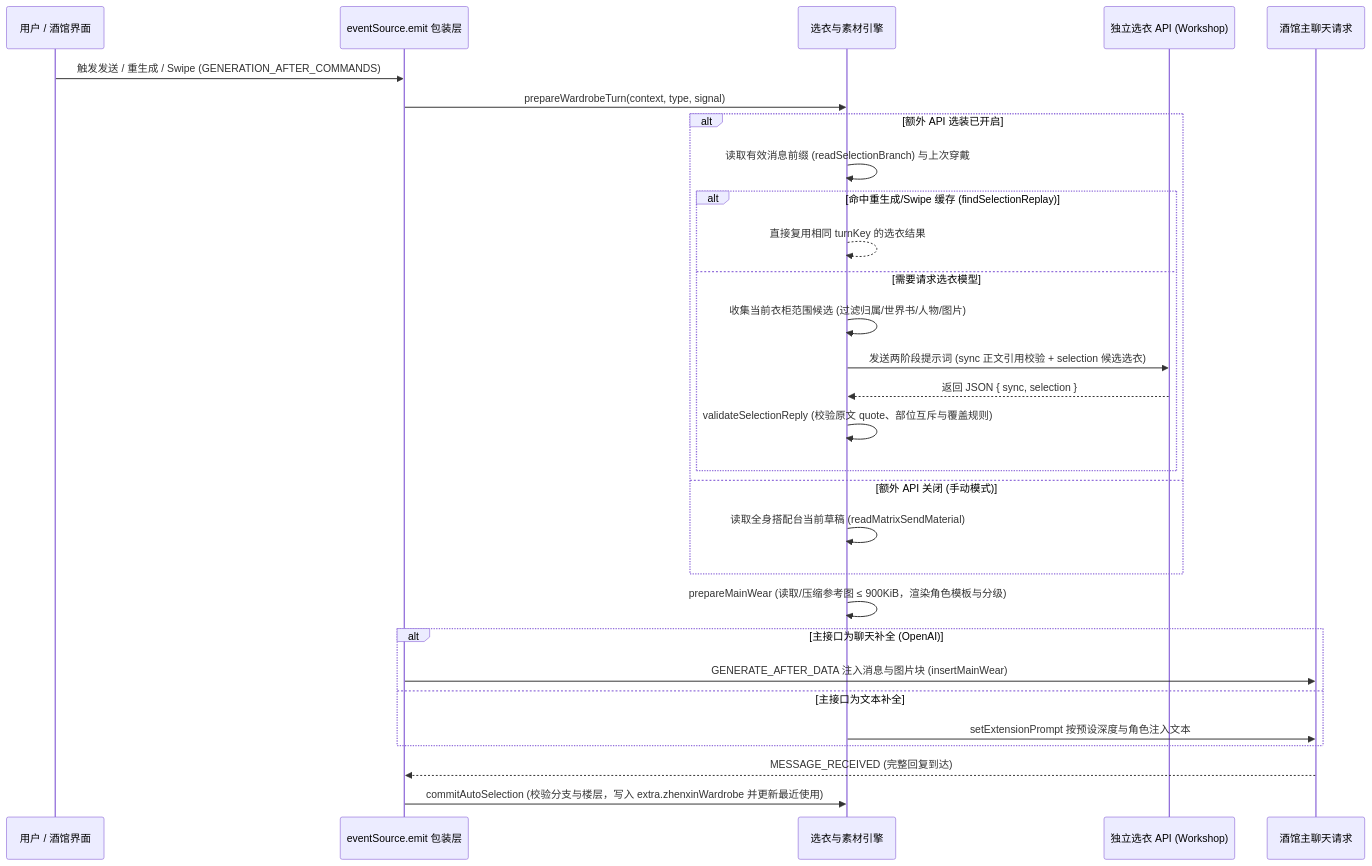
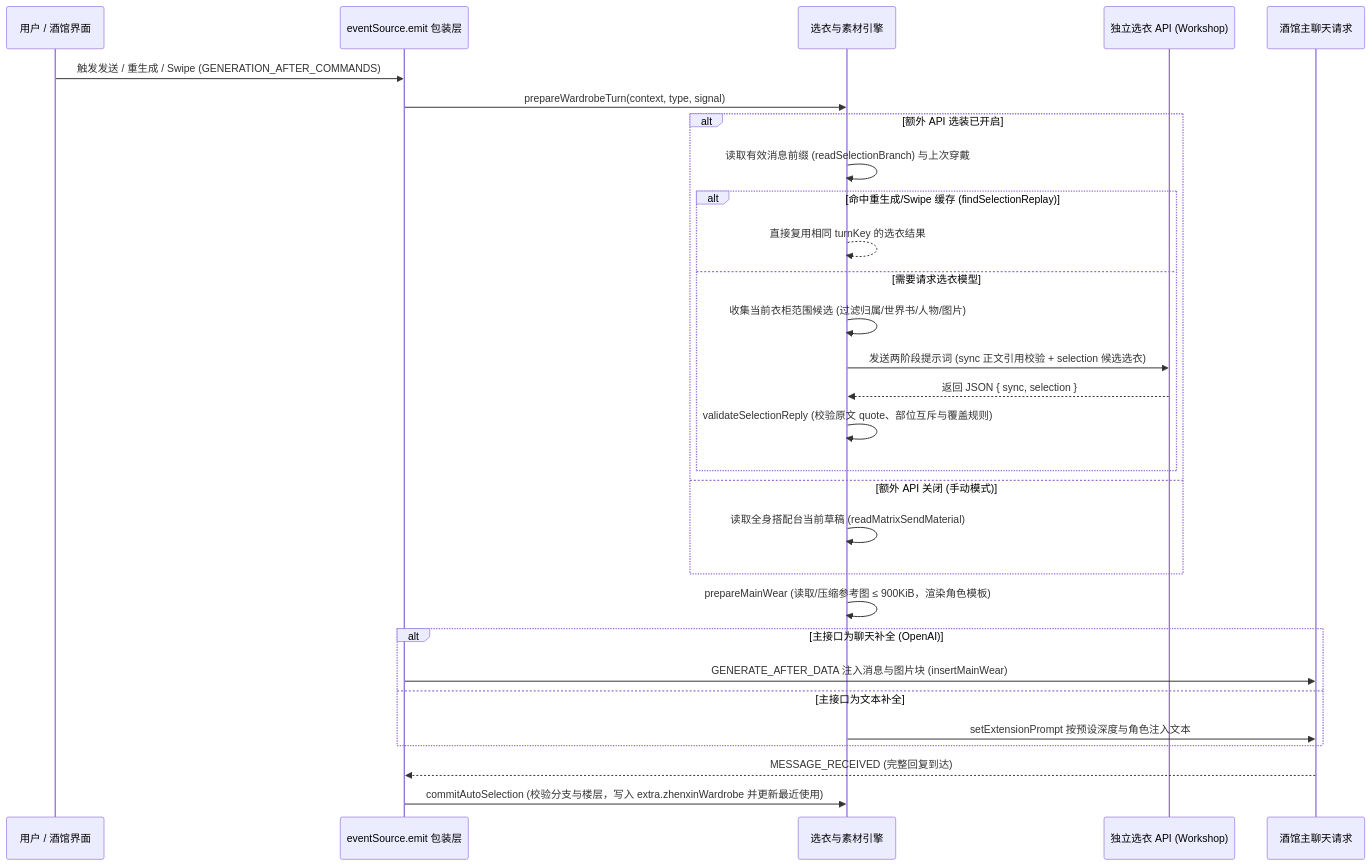
One commit to qingfeifeiya/Tavern-zhenxinzhenyi changed the second of 2 diagrams in architecture.md. Above: the diagram before and after it, drawn with Mermaid. The commit also changed other lines of this file and 2 other files, not shown here.

Commit message:
将服装分级整合到自动选衣

````diff
--- a/architecture.md
+++ b/architecture.md
@@ -82,32 +82,32 @@
 ```mermaid
 sequenceDiagram
     participant User as 用户 / 酒馆界面
     participant Hook as eventSource.emit 包装层
     participant Engine as 选衣与素材引擎
     participant AI as 独立选衣 API (Workshop)
     participant Main as 酒馆主聊天请求
 
     User->>Hook: 触发发送 / 重生成 / Swipe (GENERATION_AFTER_COMMANDS)
     Hook->>Engine: prepareWardrobeTurn(context, type, signal)
     alt 额外 API 选装已开启
         Engine->>Engine: 读取有效消息前缀 (readSelectionBranch) 与上次穿戴
         alt 命中重生成/Swipe 缓存 (findSelectionReplay)
             Engine-->>Engine: 直接复用相同 turnKey 的选衣结果
         else 需要请求选衣模型
             Engine->>Engine: 收集当前衣柜范围候选 (过滤归属/世界书/人物/图片)
             Engine->>AI: 发送两阶段提示词 (sync 正文引用校验 + selection 候选选衣)
             AI-->>Engine: 返回 JSON { sync, selection }
             Engine->>Engine: validateSelectionReply (校验原文 quote、部位互斥与覆盖规则)
         end
     else 额外 API 关闭 (手动模式)
         Engine->>Engine: 读取全身搭配台当前草稿 (readMatrixSendMaterial)
     end
-    Engine->>Engine: prepareMainWear (读取/压缩参考图 ≤ 900KiB，渲染角色模板与分级)
+    Engine->>Engine: prepareMainWear (读取/压缩参考图 ≤ 900KiB，渲染角色模板)
     alt 主接口为聊天补全 (OpenAI)
         Hook->>Main: GENERATE_AFTER_DATA 注入消息与图片块 (insertMainWear)
     else 主接口为文本补全
         Engine->>Main: setExtensionPrompt 按预设深度与角色注入文本
     end
     Main-->>Hook: MESSAGE_RECEIVED (完整回复到达)
     Hook->>Engine: commitAutoSelection (校验分支与楼层，写入 extra.zhenxinWardrobe 并更新最近使用)
 ```
````
